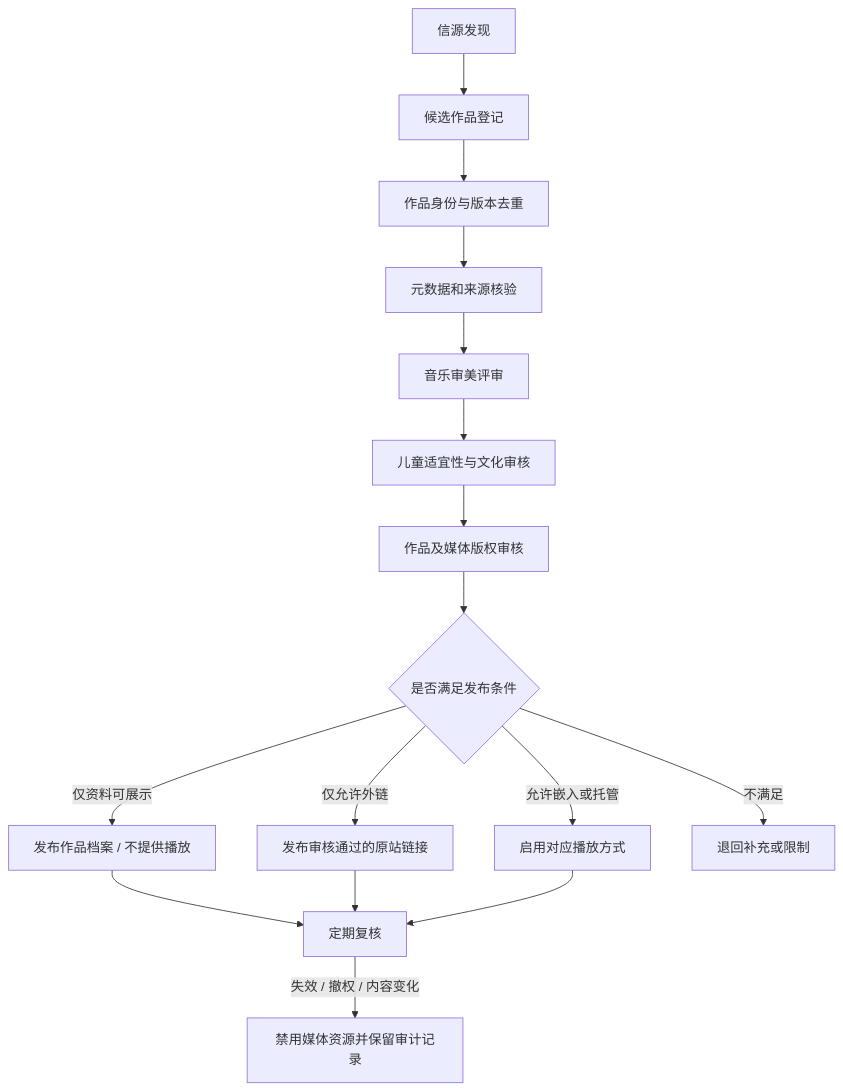
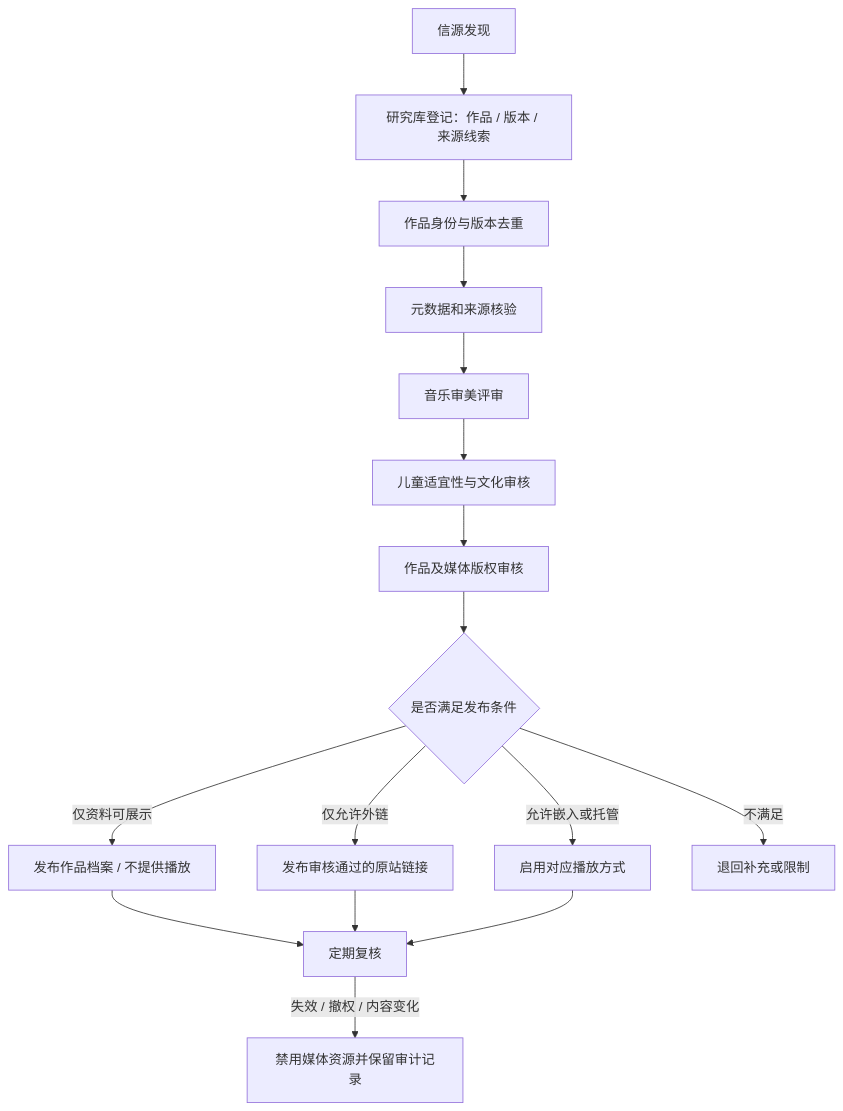
Before and after one commit to Tsuiwiki/childhood-library: the second of 2 diagrams in docs/MUSIC_LIBRARY_PLAN_V1.md, drawn with Mermaid. The commit also changed other lines of this file, not shown here.

````diff
--- a/docs/MUSIC_LIBRARY_PLAN_V1.md
+++ b/docs/MUSIC_LIBRARY_PLAN_V1.md
@@ -316,18 +360,18 @@
 ```mermaid
 flowchart TD
-  A[信源发现] --> B[候选作品登记]
+  A[信源发现] --> B[研究库登记：作品 / 版本 / 来源线索]
   B --> C[作品身份与版本去重]
   C --> D[元数据和来源核验]
   D --> E[音乐审美评审]
   E --> F[儿童适宜性与文化审核]
   F --> G[作品及媒体版权审核]
   G --> H{是否满足发布条件}
   H -->|仅资料可展示| I[发布作品档案 / 不提供播放]
   H -->|仅允许外链| J[发布审核通过的原站链接]
   H -->|允许嵌入或托管| K[启用对应播放方式]
   H -->|不满足| L[退回补充或限制]
   I --> M[定期复核]
   J --> M
   K --> M
   M -->|失效 / 撤权 / 内容变化| N[禁用媒体资源并保留审计记录]
 ```
````
